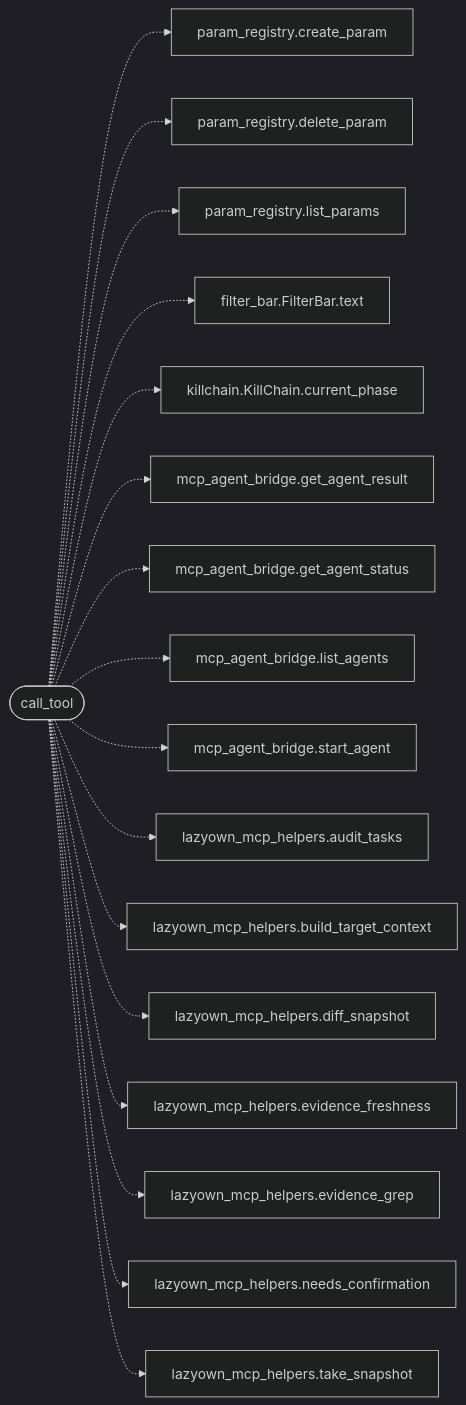
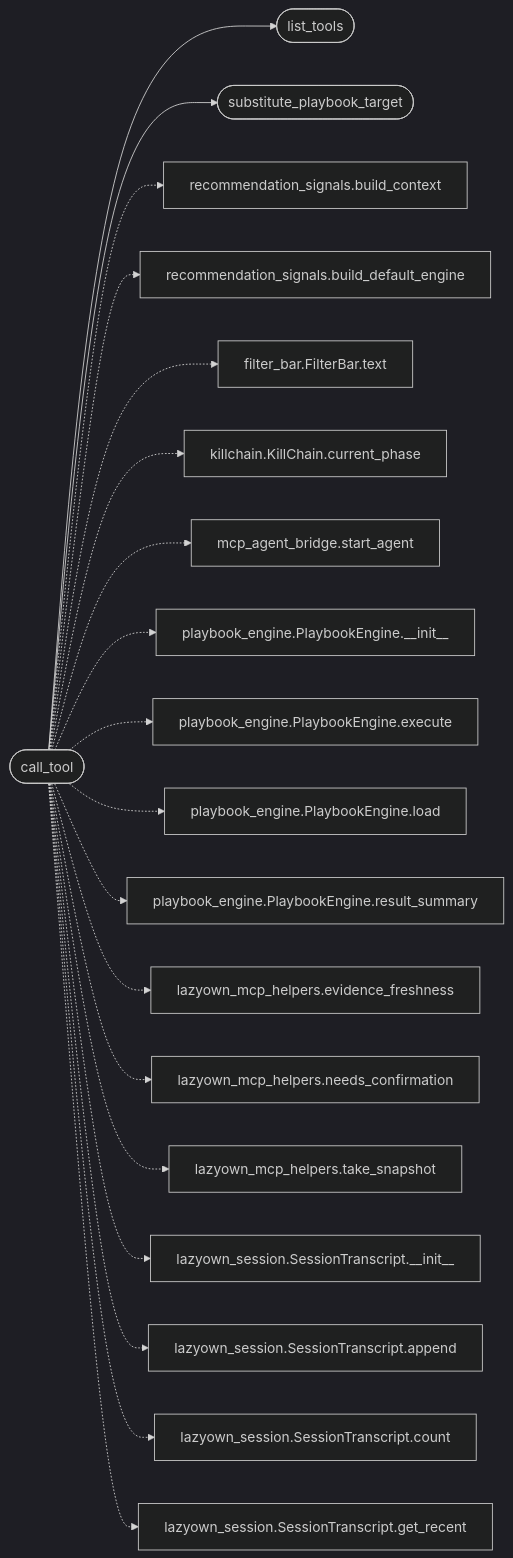
Before and after one commit to grisuno/LazyOwn: the diagram in readmenator-apidocs/modules/skills.lazyown_mcp.py.md, drawn with Mermaid (dark theme). The commit also changed other lines of this file and 768 other files, not shown here.

````diff
--- a/readmenator-apidocs/modules/skills.lazyown_mcp.py.md
+++ b/readmenator-apidocs/modules/skills.lazyown_mcp.py.md
@@ -26,36 +26,40 @@
 ```mermaid
 flowchart LR
     n_skills_lazyown_mcp_py__call_tool(["call_tool"])
-    n_core_param_registry_py__create_param["param_registry.create_param"]
-    n_core_param_registry_py__delete_param["param_registry.delete_param"]
-    n_core_param_registry_py__list_params["param_registry.list_params"]
+    n_skills_lazyown_mcp_py__list_tools(["list_tools"])
+    n_skills_lazyown_mcp_py__substitute_playbook_target(["substitute_playbook_target"])
+    n_cli_recommendation_signals_py__build_context["recommendation_signals.build_context"]
+    n_cli_recommendation_signals_py__build_default_engine["recommendation_signals.build_default_engine"]
     n_lazygui_widgets_filter_bar_py__FilterBar_text["filter_bar.FilterBar.text"]
     n_modules_killchain_py__KillChain_current_phase["killchain.KillChain.current_phase"]
-    n_modules_mcp_agent_bridge_py__get_agent_result["mcp_agent_bridge.get_agent_result"]
-    n_modules_mcp_agent_bridge_py__get_agent_status["mcp_agent_bridge.get_agent_status"]
-    n_modules_mcp_agent_bridge_py__list_agents["mcp_agent_bridge.list_agents"]
     n_modules_mcp_agent_bridge_py__start_agent["mcp_agent_bridge.start_agent"]
-    n_skills_lazyown_mcp_helpers_py__audit_tasks["lazyown_mcp_helpers.audit_tasks"]
-    n_skills_lazyown_mcp_helpers_py__build_target_context["lazyown_mcp_helpers.build_target_context"]
-    n_skills_lazyown_mcp_helpers_py__diff_snapshot["lazyown_mcp_helpers.diff_snapshot"]
+    n_modules_playbook_engine_py__PlaybookEngine___init__["playbook_engine.PlaybookEngine.__init__"]
+    n_modules_playbook_engine_py__PlaybookEngine_execute["playbook_engine.PlaybookEngine.execute"]
+    n_modules_playbook_engine_py__PlaybookEngine_load["playbook_engine.PlaybookEngine.load"]
+    n_modules_playbook_engine_py__PlaybookEngine_result_summary["playbook_engine.PlaybookEngine.result_summary"]
     n_skills_lazyown_mcp_helpers_py__evidence_freshness["lazyown_mcp_helpers.evidence_freshness"]
-    n_skills_lazyown_mcp_helpers_py__evidence_grep["lazyown_mcp_helpers.evidence_grep"]
     n_skills_lazyown_mcp_helpers_py__needs_confirmation["lazyown_mcp_helpers.needs_confirmation"]
     n_skills_lazyown_mcp_helpers_py__take_snapshot["lazyown_mcp_helpers.take_snapshot"]
-    n_skills_lazyown_mcp_py__call_tool -.-> n_core_param_registry_py__create_param
-    n_skills_lazyown_mcp_py__call_tool -.-> n_core_param_registry_py__delete_param
-    n_skills_lazyown_mcp_py__call_tool -.-> n_core_param_registry_py__list_params
+    n_skills_lazyown_session_py__SessionTranscript___init__["lazyown_session.SessionTranscript.__init__"]
+    n_skills_lazyown_session_py__SessionTranscript_append["lazyown_session.SessionTranscript.append"]
+    n_skills_lazyown_session_py__SessionTranscript_count["lazyown_session.SessionTranscript.count"]
+    n_skills_lazyown_session_py__SessionTranscript_get_recent["lazyown_session.SessionTranscript.get_recent"]
+    n_skills_lazyown_mcp_py__call_tool --> n_skills_lazyown_mcp_py__list_tools
+    n_skills_lazyown_mcp_py__call_tool --> n_skills_lazyown_mcp_py__substitute_playbook_target
+    n_skills_lazyown_mcp_py__call_tool -.-> n_cli_recommendation_signals_py__build_context
+    n_skills_lazyown_mcp_py__call_tool -.-> n_cli_recommendation_signals_py__build_default_engine
     n_skills_lazyown_mcp_py__call_tool -.-> n_lazygui_widgets_filter_bar_py__FilterBar_text
     n_skills_lazyown_mcp_py__call_tool -.-> n_modules_killchain_py__KillChain_current_phase
-    n_skills_lazyown_mcp_py__call_tool -.-> n_modules_mcp_agent_bridge_py__get_agent_result
-    n_skills_lazyown_mcp_py__call_tool -.-> n_modules_mcp_agent_bridge_py__get_agent_status
-    n_skills_lazyown_mcp_py__call_tool -.-> n_modules_mcp_agent_bridge_py__list_agents
     n_skills_lazyown_mcp_py__call_tool -.-> n_modules_mcp_agent_bridge_py__start_agent
-    n_skills_lazyown_mcp_py__call_tool -.-> n_skills_lazyown_mcp_helpers_py__audit_tasks
-    n_skills_lazyown_mcp_py__call_tool -.-> n_skills_lazyown_mcp_helpers_py__build_target_context
-    n_skills_lazyown_mcp_py__call_tool -.-> n_skills_lazyown_mcp_helpers_py__diff_snapshot
+    n_skills_lazyown_mcp_py__call_tool -.-> n_modules_playbook_engine_py__PlaybookEngine___init__
+    n_skills_lazyown_mcp_py__call_tool -.-> n_modules_playbook_engine_py__PlaybookEngine_execute
+    n_skills_lazyown_mcp_py__call_tool -.-> n_modules_playbook_engine_py__PlaybookEngine_load
+    n_skills_lazyown_mcp_py__call_tool -.-> n_modules_playbook_engine_py__PlaybookEngine_result_summary
     n_skills_lazyown_mcp_py__call_tool -.-> n_skills_lazyown_mcp_helpers_py__evidence_freshness
-    n_skills_lazyown_mcp_py__call_tool -.-> n_skills_lazyown_mcp_helpers_py__evidence_grep
     n_skills_lazyown_mcp_py__call_tool -.-> n_skills_lazyown_mcp_helpers_py__needs_confirmation
     n_skills_lazyown_mcp_py__call_tool -.-> n_skills_lazyown_mcp_helpers_py__take_snapshot
+    n_skills_lazyown_mcp_py__call_tool -.-> n_skills_lazyown_session_py__SessionTranscript___init__
+    n_skills_lazyown_mcp_py__call_tool -.-> n_skills_lazyown_session_py__SessionTranscript_append
+    n_skills_lazyown_mcp_py__call_tool -.-> n_skills_lazyown_session_py__SessionTranscript_count
+    n_skills_lazyown_mcp_py__call_tool -.-> n_skills_lazyown_session_py__SessionTranscript_get_recent
 ```
````
